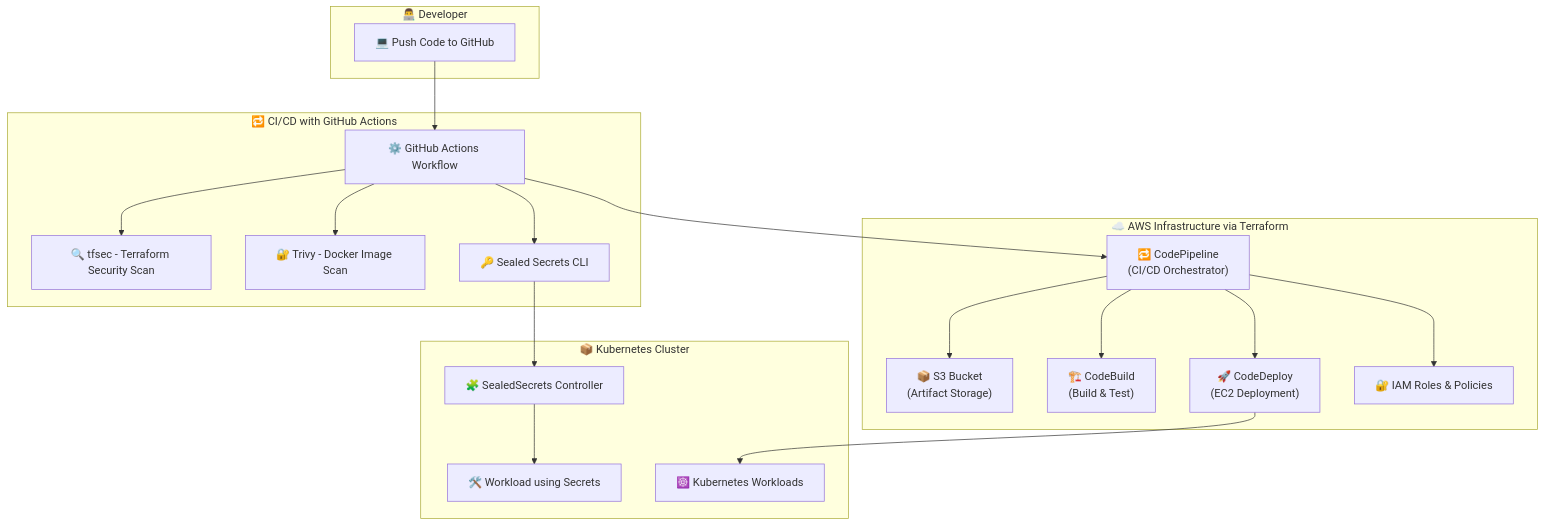
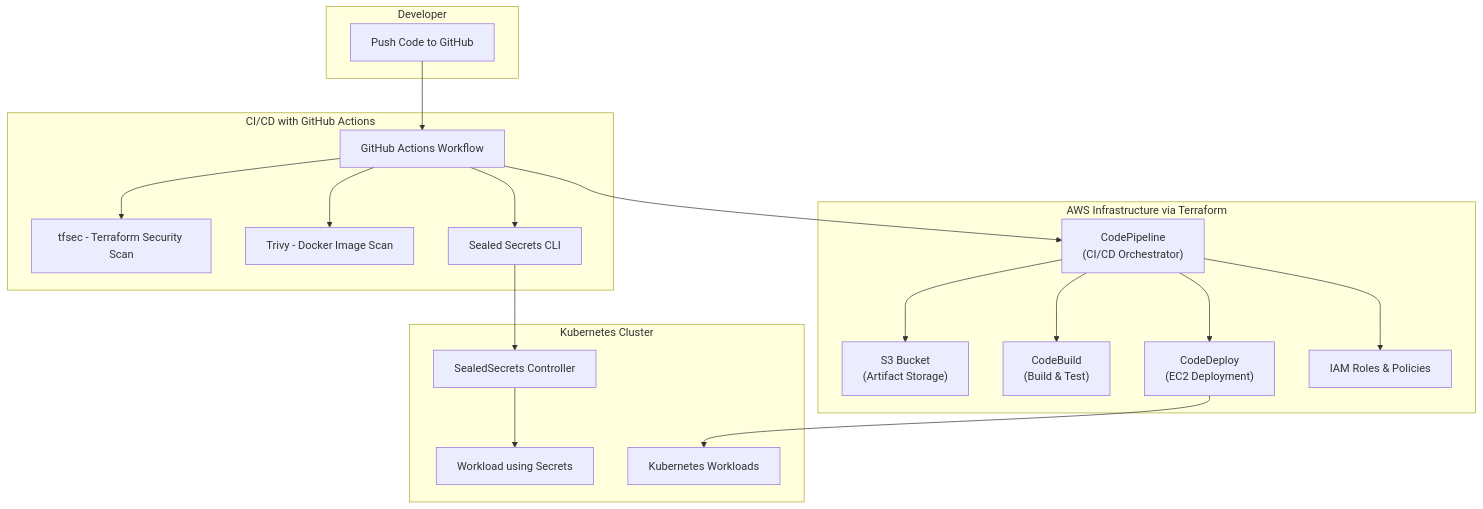
One commit to Jivan210/DevOps-Masters-Project-Main changed the diagram in README.md. Above: the diagram before and after it, drawn with Mermaid. The commit also changed other lines of this file, not shown here.

````diff
--- a/README.md
+++ b/README.md
@@ -7,50 +7,50 @@
 ```mermaid
 flowchart TD
   %% Direction top to bottom
   direction TB
 
   %% Developer
-  subgraph DEV["👨‍💻 Developer"]
-    A1["💻 Push Code to GitHub"]
+  subgraph DEV[" Developer"]
+    A1[" Push Code to GitHub"]
   end
 
   %% GitHub Actions CI/CD Flow
-  subgraph CICD["🔁 CI/CD with GitHub Actions"]
-    B1["⚙️ GitHub Actions Workflow"]
-    B2["🔍 tfsec - Terraform Security Scan"]
-    B3["🔐 Trivy - Docker Image Scan"]
-    B4["🔑 Sealed Secrets CLI"]
+  subgraph CICD[" CI/CD with GitHub Actions"]
+    B1[" GitHub Actions Workflow"]
+    B2[" tfsec - Terraform Security Scan"]
+    B3[" Trivy - Docker Image Scan"]
+    B4[" Sealed Secrets CLI"]
   end
 
   %% AWS Infra
-  subgraph AWS["☁️ AWS Infrastructure via Terraform"]
-    C1["📦 S3 Bucket\n(Artifact Storage)"]
-    C2["🏗️ CodeBuild\n(Build & Test)"]
-    C3["🚀 CodeDeploy\n(EC2 Deployment)"]
-    C4["🔁 CodePipeline\n(CI/CD Orchestrator)"]
-    C5["🔐 IAM Roles & Policies"]
+  subgraph AWS[" AWS Infrastructure via Terraform"]
+    C1[" S3 Bucket\n(Artifact Storage)"]
+    C2[" CodeBuild\n(Build & Test)"]
+    C3[" CodeDeploy\n(EC2 Deployment)"]
+    C4[" CodePipeline\n(CI/CD Orchestrator)"]
+    C5[" IAM Roles & Policies"]
   end
 
   %% Kubernetes Cluster
-  subgraph K8S["📦 Kubernetes Cluster"]
-    D1["🧩 SealedSecrets Controller"]
-    D2["🛠️ Workload using Secrets"]
-    D3["☸️ Kubernetes Workloads"]
+  subgraph K8S[" Kubernetes Cluster"]
+    D1[" SealedSecrets Controller"]
+    D2[" Workload using Secrets"]
+    D3[" Kubernetes Workloads"]
   end
 
   %% Flow connections
   A1 --> B1
   B1 --> B2
   B1 --> B3
   B1 --> B4
   B1 --> C4
 
   C4 --> C1
   C4 --> C2
   C4 --> C3
   C4 --> C5
 
   B4 --> D1
   D1 --> D2
   C3 --> D3
 ```
````
